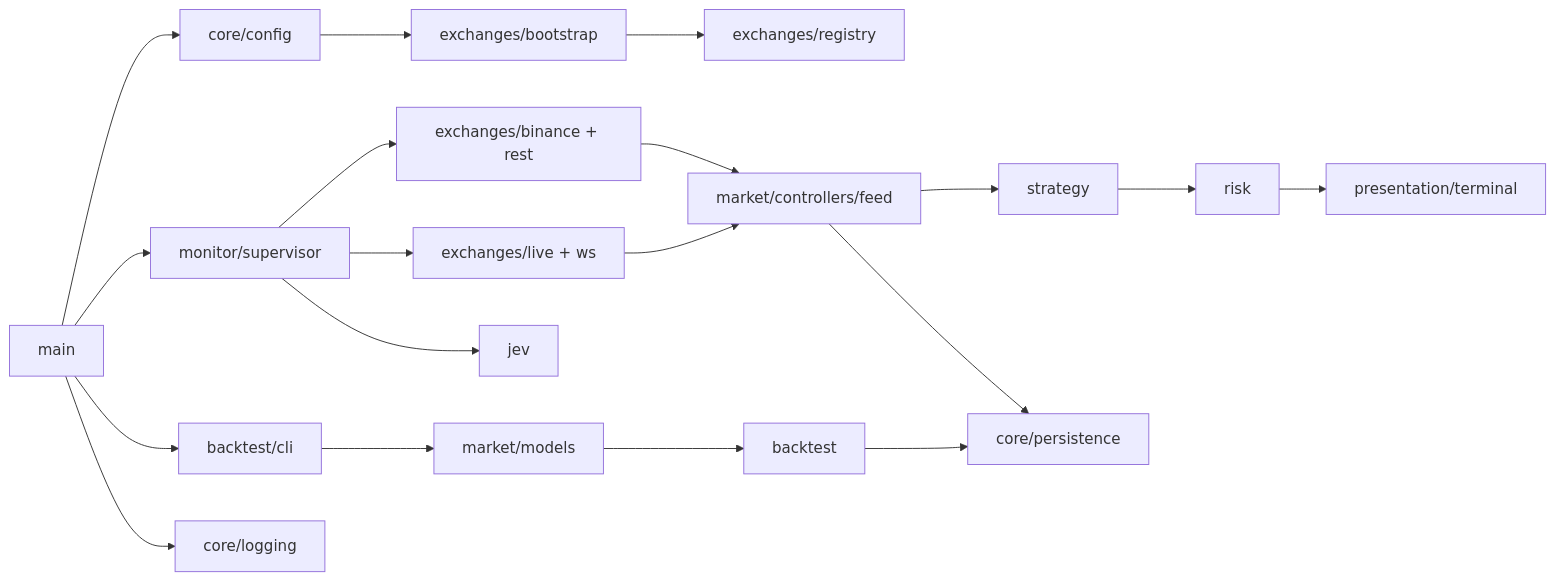
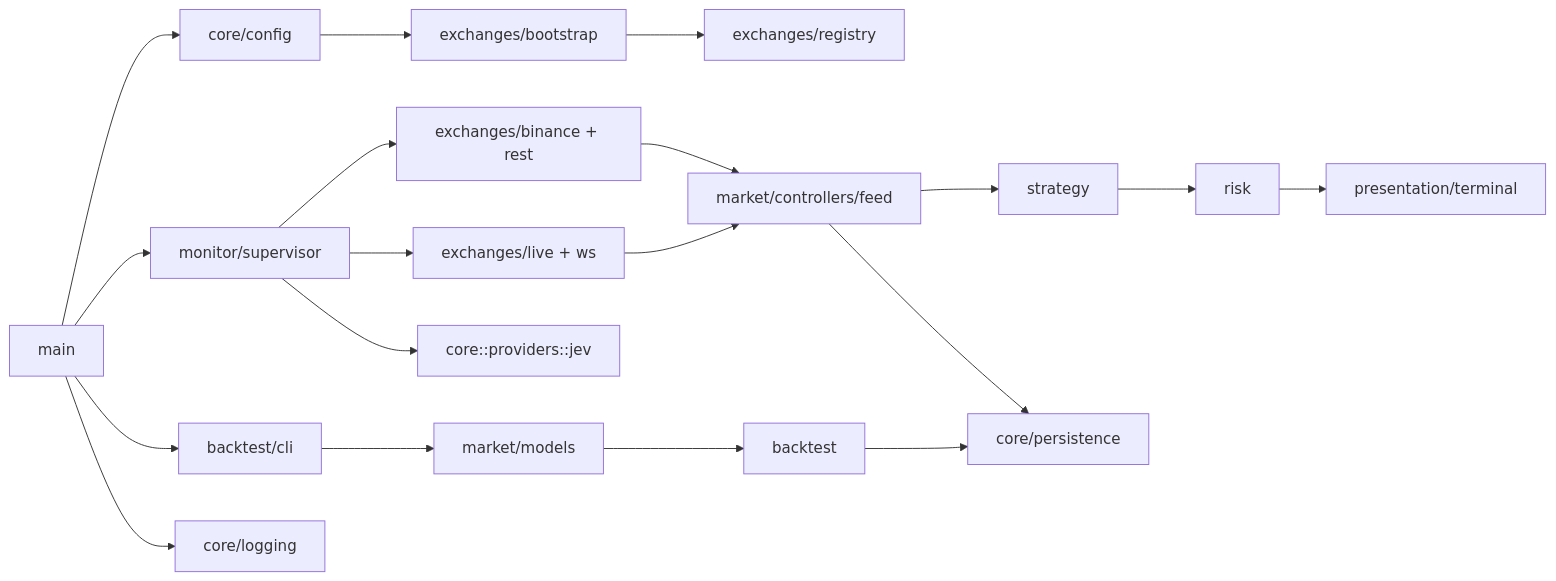
Before and after one commit to jcafeitosa/bot: the diagram in backend/docs/architecture/module-catalog.md, drawn with Mermaid. The commit also changed 5 other files, not shown here.

````diff
--- a/backend/docs/architecture/module-catalog.md
+++ b/backend/docs/architecture/module-catalog.md
@@ -26,21 +26,21 @@
 ```mermaid
 flowchart LR
   Main[main] --> Config[core/config]
   Main --> Supervisor[monitor/supervisor]
   Main --> BacktestCLI[backtest/cli]
   Config --> Bootstrap[exchanges/bootstrap]
   Bootstrap --> Registry[exchanges/registry]
   Supervisor --> REST[exchanges/binance + rest]
   Supervisor --> WS[exchanges/live + ws]
   REST --> Feed[market/controllers/feed]
   WS --> Feed
   Feed --> Strategy[strategy]
   Strategy --> Risk[risk]
   Risk --> TUI[presentation/terminal]
   Feed --> Persist[core/persistence]
   BacktestCLI --> Market[market/models]
   Market --> Backtest[backtest]
   Backtest --> Persist
-  Supervisor --> Jev[jev]
+  Supervisor --> Jev[core::providers::jev]
   Main --> Logging[core/logging]
 ```
````
